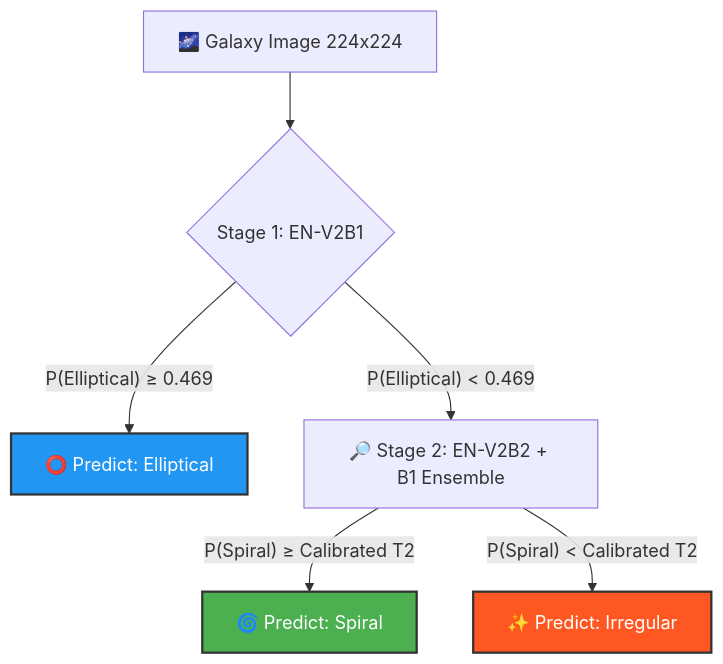
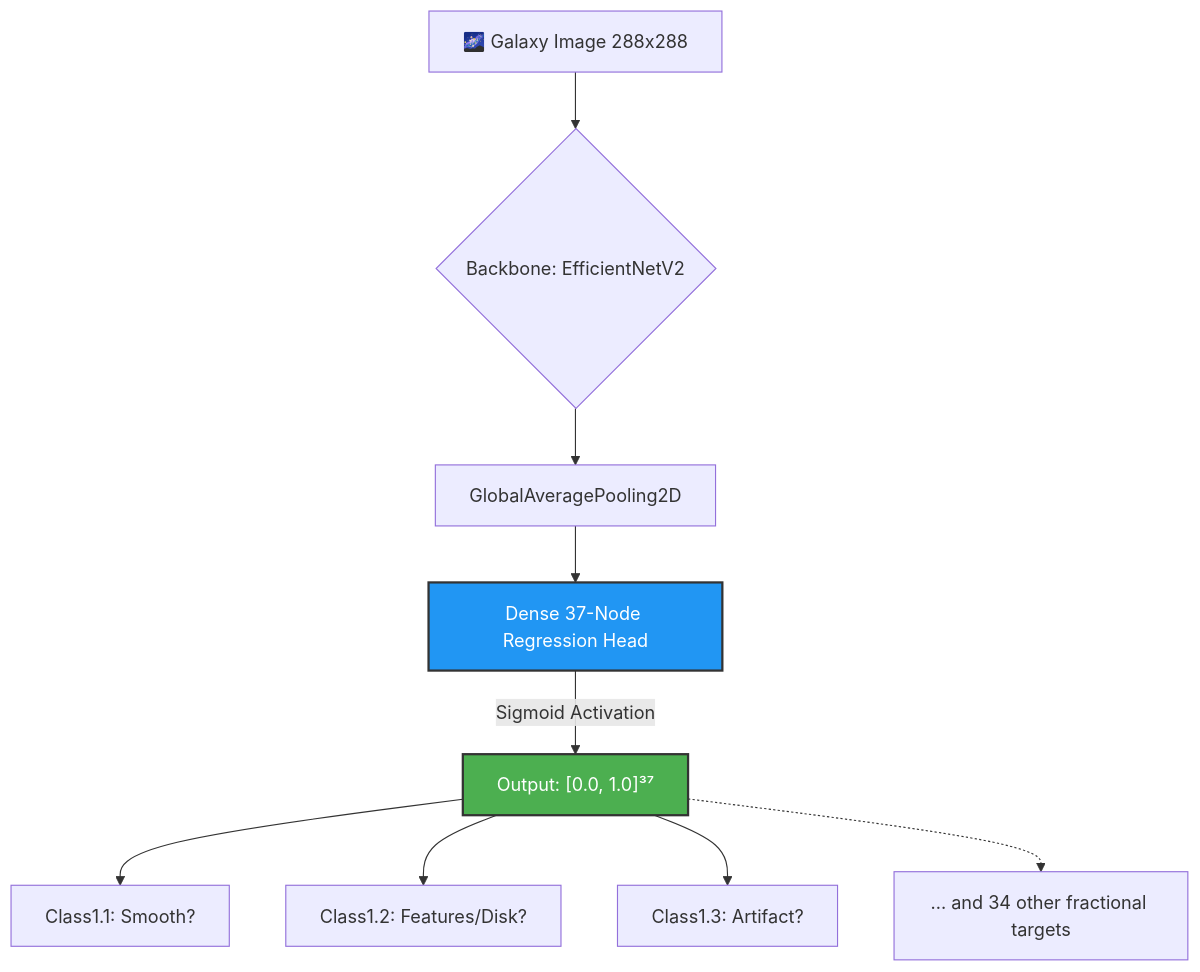
Before and after one commit to SanskarSontakke/GalaxyNet-CPU: the first of 2 diagrams in TECHNICAL_GUIDE.md, drawn with Mermaid. The commit also changed other lines of this file and 4 other files, not shown here.

Commit message:
refactor: replace cascade classification architecture with a 37-node unified regression model for fractional consensus prediction

````diff
--- a/TECHNICAL_GUIDE.md
+++ b/TECHNICAL_GUIDE.md
@@ -13,13 +13,16 @@
 ```mermaid
 graph TD
-    A[🌌 Galaxy Image 224x224] --> B{Stage 1: EN-V2B1}
-    B -- "P(Elliptical) ≥ 0.469" --> C[⭕ Predict: Elliptical]
-    B -- "P(Elliptical) < 0.469" --> D[🔎 Stage 2: EN-V2B2 + B1 Ensemble]
+    A[🌌 Galaxy Image 288x288] --> B{Backbone: EfficientNetV2}
+    B --> C[GlobalAveragePooling2D]
+    C --> D[Dense 37-Node Regression Head]
     
-    D -- "P(Spiral) ≥ Calibrated T2" --> E[🌀 Predict: Spiral]
-    D -- "P(Spiral) < Calibrated T2" --> F[✨ Predict: Irregular]
+    D -- Sigmoid Activation --> E["Output: [0.0, 1.0]³⁷"]
+    
+    E --> F[Class1.1: Smooth?]
+    E --> G[Class1.2: Features/Disk?]
+    E --> H[Class1.3: Artifact?]
+    E -.-> I[... and 34 other fractional targets]
 
-    style C fill:#2196F3,stroke:#333,stroke-width:2px,color:#fff
+    style D fill:#2196F3,stroke:#333,stroke-width:2px,color:#fff
     style E fill:#4CAF50,stroke:#333,stroke-width:2px,color:#fff
-    style F fill:#FF5722,stroke:#333,stroke-width:2px,color:#fff
 ```
````
